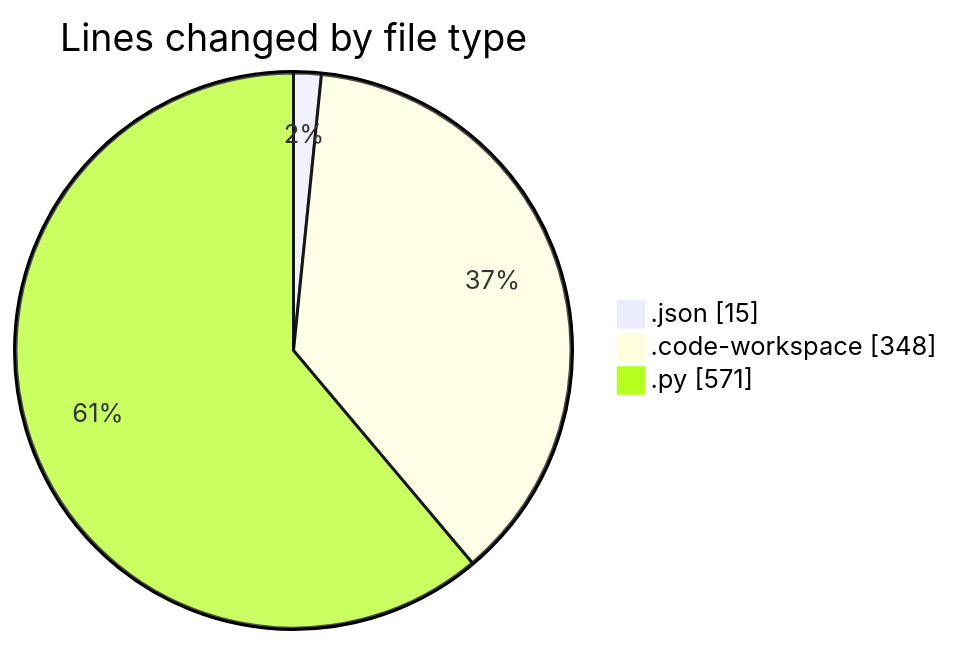
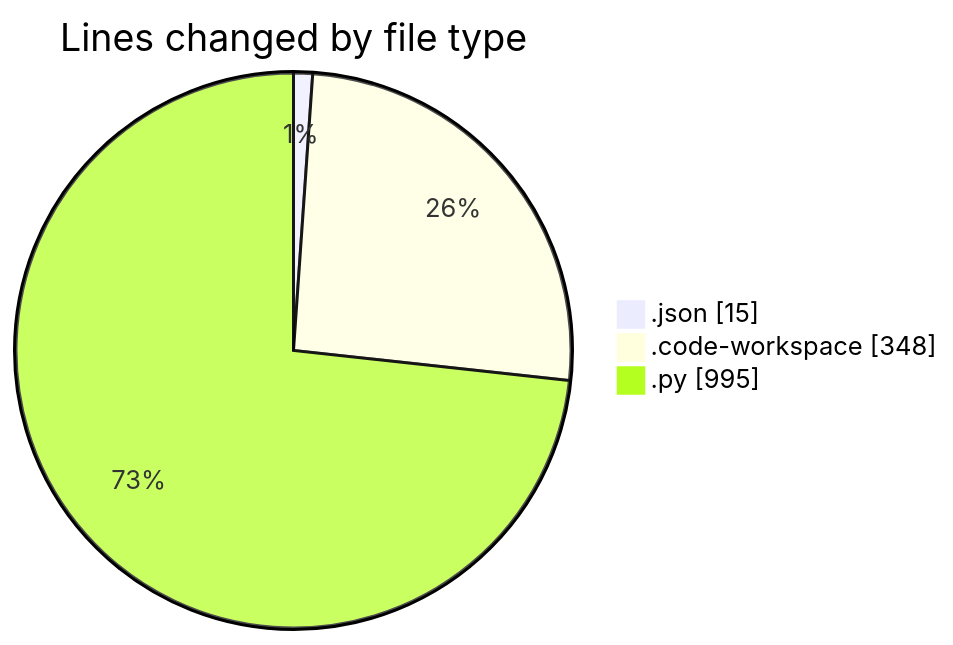
Before and after one commit to MatusMokan/code-tracking: the first of 2 diagrams in 2025-02-25/myws__workspace_/README.md, drawn with Mermaid. The commit also changed other lines of this file and 1 other file, not shown here.

````diff
--- a/2025-02-25/myws__workspace_/README.md
+++ b/2025-02-25/myws__workspace_/README.md
@@ -24,7 +25,7 @@
 ```mermaid
 pie showData
 title Lines changed by file type
 ".json" : 15
 ".code-workspace" : 348
-".py" : 571
+".py" : 995
 ```
````
